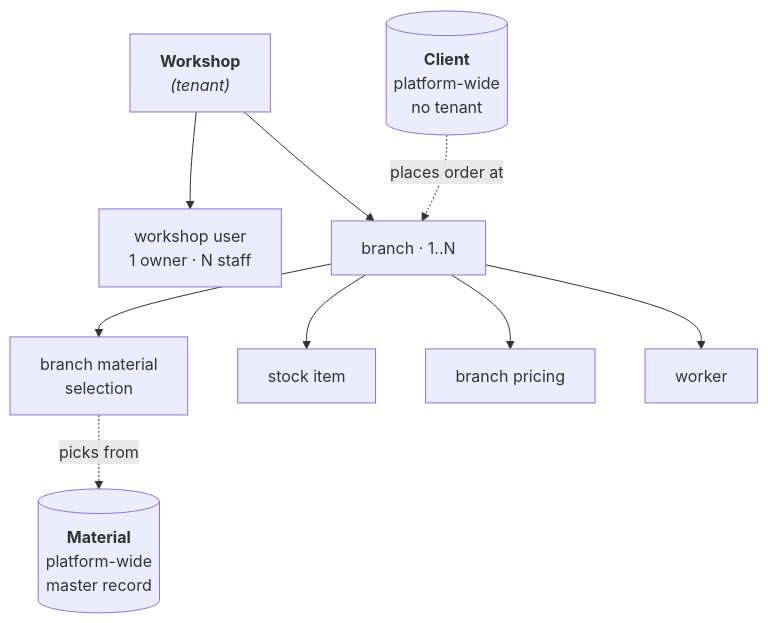
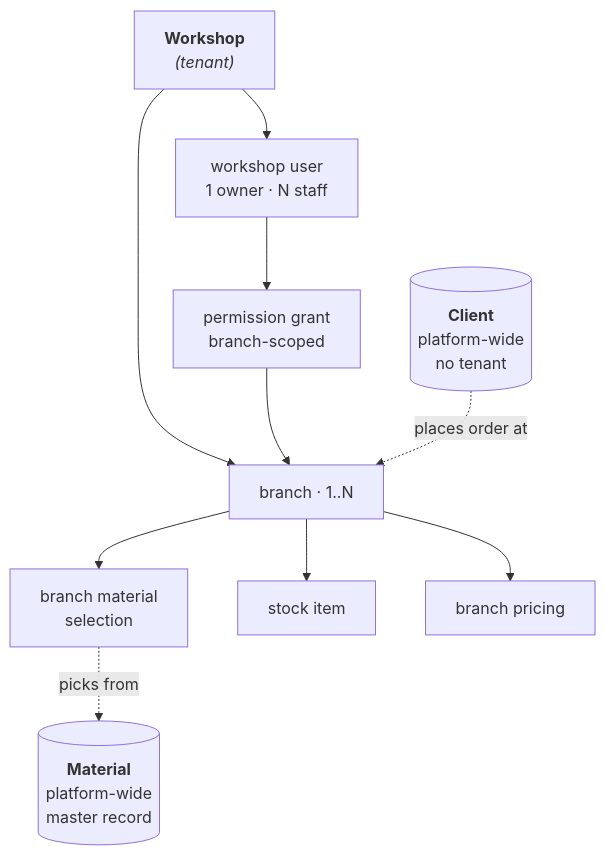
Before and after one commit to qadam-uz/mebel-pro: the diagram in docs/access-patterns.md, drawn with Mermaid. The commit also changed other lines of this file and 76 other files, not shown here.

````diff
--- a/docs/access-patterns.md
+++ b/docs/access-patterns.md
@@ -84,23 +86,24 @@
   ```mermaid
   flowchart TD
       M[("<b>Material</b><br/>platform-wide<br/>master record")]
       Cl[("<b>Client</b><br/>platform-wide<br/>no tenant")]
 
       W["<b>Workshop</b><br/><i>(tenant)</i>"]
       WU["workshop user<br/>1 owner · N staff"]
+      PG["permission grant<br/>branch-scoped"]
       B["branch · 1..N"]
       BMS["branch material<br/>selection"]
       SI["stock item"]
       BP["branch pricing"]
-      Wk["worker"]
 
       W --> WU
       W --> B
+      WU --> PG
+      PG --> B
       B --> BMS
       B --> SI
       B --> BP
-      B --> Wk
 
       BMS -.->|picks from| M
       Cl -.->|places order at| B
   ```
````
